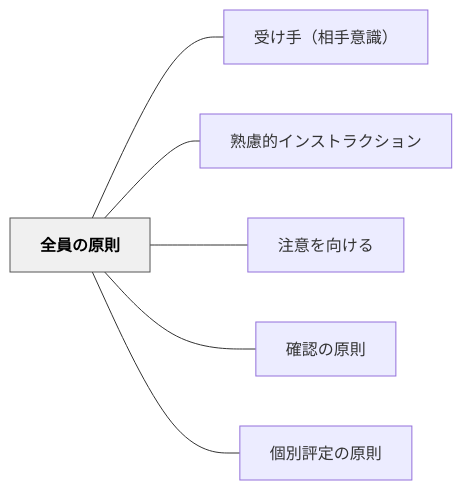
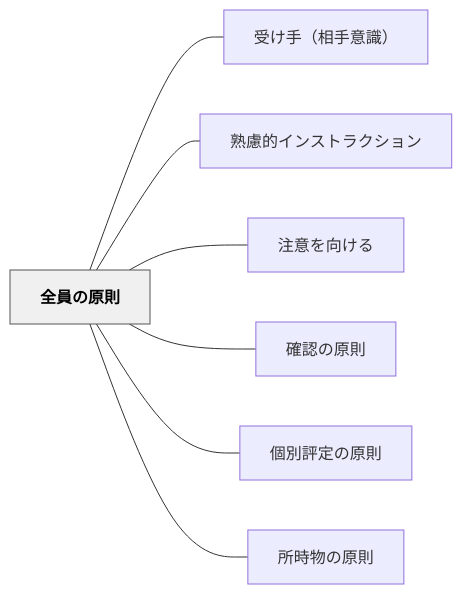
The diagram in content/パタン/全員の原則.md (unknownthings-ed-patterns/unknownthings-ed-patterns), drawn with Mermaid before and after one commit. The commit also changed other lines of this file and 26 other files, not shown here.

````diff
--- a/content/パタン/全員の原則.md
+++ b/content/パタン/全員の原則.md
@@ -38,18 +38,20 @@
 ```mermaid
 flowchart LR
     ne585a8e593a1e381aee58e9fe58987["全員の原則"]
     ne58f97e38191e6898befbc88e79bb8e6898be6848fe8ad98efbc89["受け手（相手意識）"]
     ne7869fe685aee79a84e382a4e383b3e382b9e38388e383a9e382afe382b7e383a7e383b3["熟慮的インストラクション"]
     ne6b3a8e6848fe38292e59091e38191e3828b["注意を向ける"]
     ne7a2bae8aa8de381aee58e9fe58987["確認の原則"]
     ne5808be588a5e8a995e5ae9ae381aee58e9fe58987["個別評定の原則"]
+    ne68980e69982e789a9e381aee58e9fe58987["所時物の原則"]
 
     ne585a8e593a1e381aee58e9fe58987 --- ne58f97e38191e6898befbc88e79bb8e6898be6848fe8ad98efbc89
     ne585a8e593a1e381aee58e9fe58987 --- ne7869fe685aee79a84e382a4e383b3e382b9e38388e383a9e382afe382b7e383a7e383b3
     ne585a8e593a1e381aee58e9fe58987 --- ne6b3a8e6848fe38292e59091e38191e3828b
     ne585a8e593a1e381aee58e9fe58987 --- ne7a2bae8aa8de381aee58e9fe58987
     ne585a8e593a1e381aee58e9fe58987 --- ne5808be588a5e8a995e5ae9ae381aee58e9fe58987
+    ne585a8e593a1e381aee58e9fe58987 --- ne68980e69982e789a9e381aee58e9fe58987
 
     classDef hub fill:#f0f0f0,stroke:#555,color:#000,font-weight:bold
     class ne585a8e593a1e381aee58e9fe58987 hub
 ```
````
